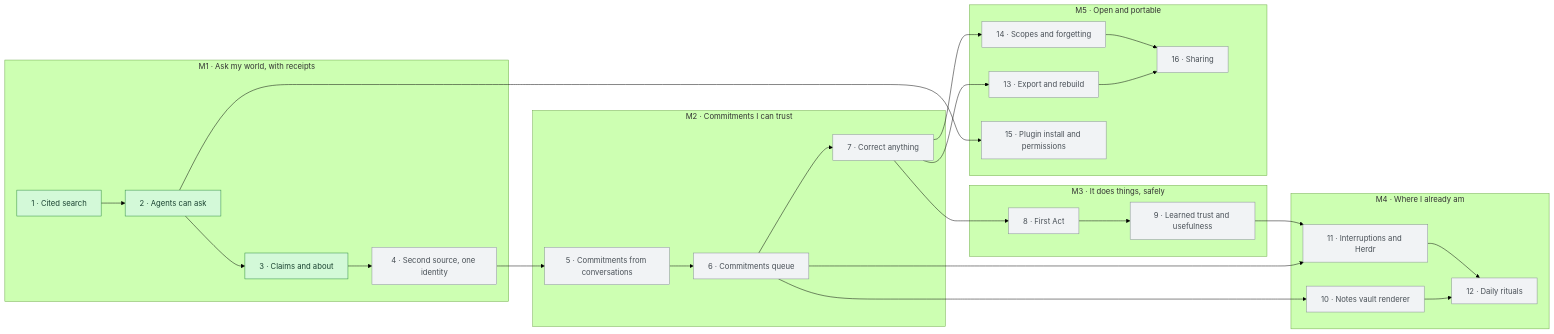
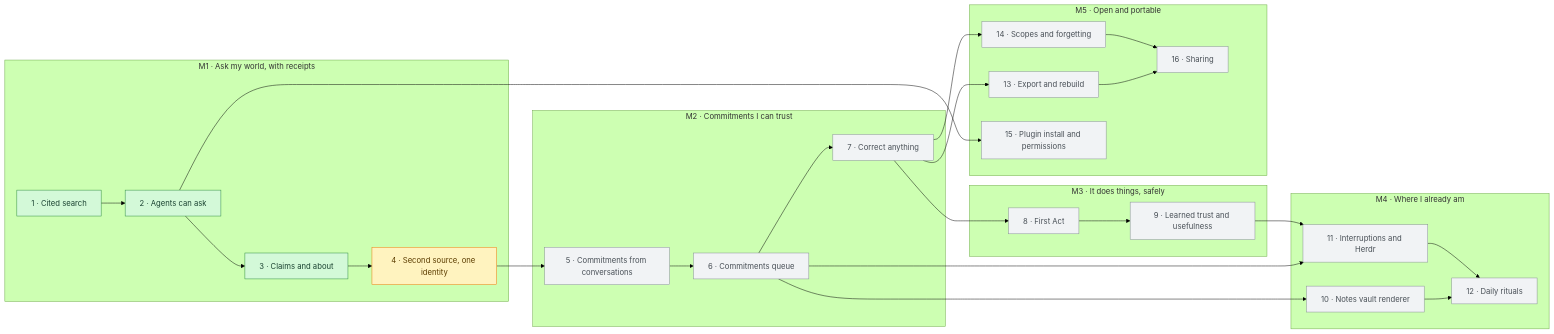
The diagram in README.md (FBisca/rastro-ai), drawn with Mermaid (forest theme) before and after one commit. The commit also changed 10 other files, not shown here.

````diff
--- a/README.md
+++ b/README.md
@@ -45,48 +45,49 @@
 ```mermaid
 flowchart LR
   subgraph M1["M1 · Ask my world, with receipts"]
     s1["1 · Cited search"]
     s2["2 · Agents can ask"]
     s3["3 · Claims and about"]
     s4["4 · Second source, one identity"]
   end
   subgraph M2["M2 · Commitments I can trust"]
     s5["5 · Commitments from conversations"]
     s6["6 · Commitments queue"]
     s7["7 · Correct anything"]
   end
   subgraph M3["M3 · It does things, safely"]
     s8["8 · First Act"]
     s9["9 · Learned trust and usefulness"]
   end
   subgraph M4["M4 · Where I already am"]
     s10["10 · Notes vault renderer"]
     s11["11 · Interruptions and Herdr"]
     s12["12 · Daily rituals"]
   end
   subgraph M5["M5 · Open and portable"]
     s13["13 · Export and rebuild"]
     s14["14 · Scopes and forgetting"]
     s15["15 · Plugin install and permissions"]
     s16["16 · Sharing"]
   end
 
   s1 --> s2 --> s3 --> s4 --> s5 --> s6 --> s7 --> s8 --> s9
   s6 --> s10
   s6 --> s11
   s9 --> s11
   s10 --> s12
   s11 --> s12
   s7 --> s13
   s7 --> s14
   s13 --> s16
   s14 --> s16
   s2 --> s15
 
   classDef done fill:#d3f9d8,stroke:#2b8a3e,color:#1b4332
   classDef doing fill:#fff3bf,stroke:#e67700,color:#5c3d00
   classDef planning fill:#d0ebff,stroke:#1971c2,color:#0b3d6e
   classDef todo fill:#f1f3f5,stroke:#868e96,color:#495057
   class s1,s2,s3 done
-  class s4,s5,s6,s7,s8,s9,s10,s11,s12,s13,s14,s15,s16 todo
+  class s4 doing
+  class s5,s6,s7,s8,s9,s10,s11,s12,s13,s14,s15,s16 todo
 ```
````
